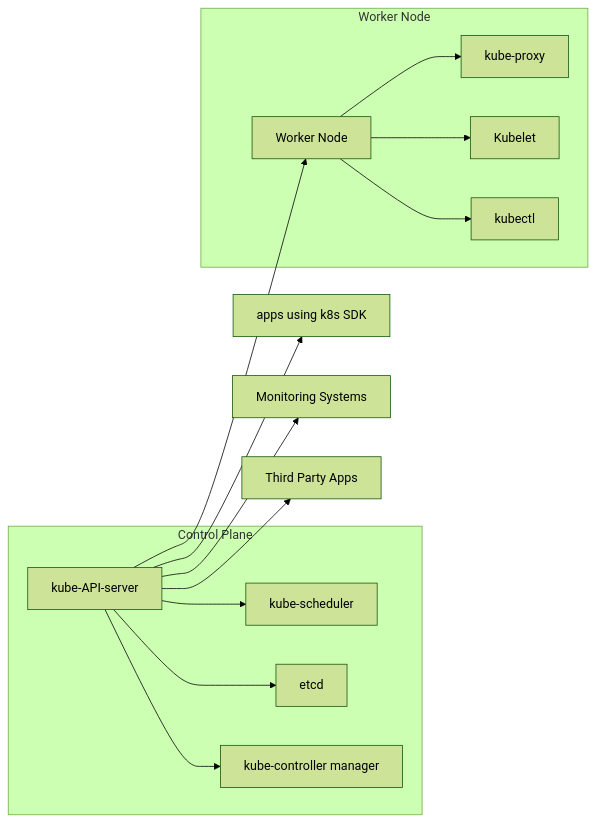
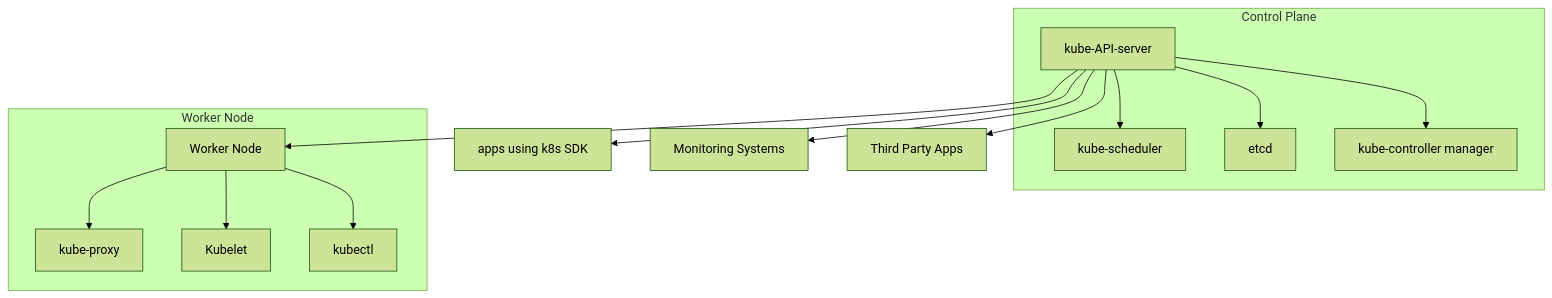
One commit to 007chiragshah/tucana changed the first of 2 diagrams in Architecture_Overview.md. Above: the diagram before and after it, drawn with Mermaid (forest theme).

````diff
--- a/Architecture_Overview.md
+++ b/Architecture_Overview.md
@@ -20,25 +20,25 @@
   ```mermaid 
-  graph LR
-    subgraph Control_Plane["Control Plane"]
+  graph TB
+    subgraph "Control Plane"
         A[kube-API-server]
         B[kube-scheduler]
         D[etcd]
         E[kube-controller manager]
     end
 
     A --> B
     A --> D
     A --> E
 
-    subgraph Worker_Node["Worker Node"]
-        F[Worker Node] --> G[kube-proxy]
+    subgraph "Worker Node"
+        F[Worker Node]
+        F --> G[kube-proxy]
         F --> H[Kubelet]
         F --> I[kubectl]
     end
 
     A --> F
     A --> J[apps using k8s SDK]
     A --> K[Monitoring Systems]
     A --> L[Third Party Apps]
-
   ```
````
